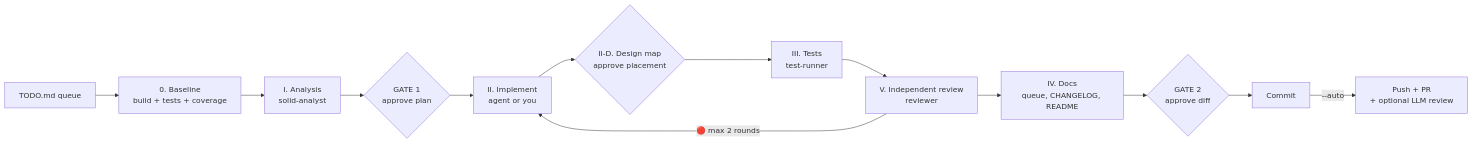
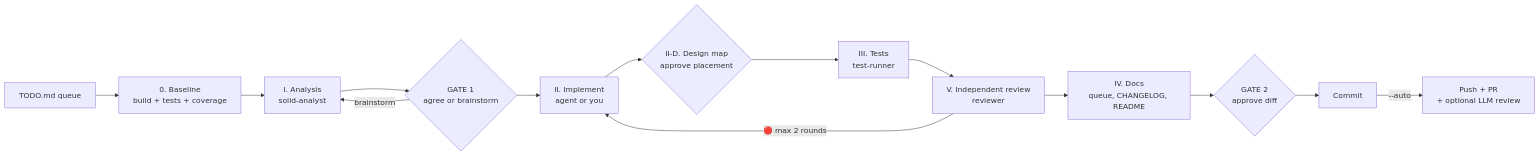
The diagram in README.md (alexbypa/microtask-pipeline), drawn with Mermaid before and after one commit. The commit also changed other lines of this file and 3 other files, not shown here.

First line of the commit message:
feat: GATE 1 asks to agree or brainstorm the analysis, also in --auto

````diff
--- a/README.md
+++ b/README.md
@@ -49,15 +50,16 @@
 ```mermaid
 flowchart LR
     Q[TODO.md queue] --> B[0. Baseline<br/>build + tests + coverage]
     B --> A[I. Analysis<br/>solid-analyst]
-    A --> G1{GATE 1<br/>approve plan}
+    A --> G1{GATE 1<br/>agree or brainstorm}
+    G1 -- "brainstorm" --> A
     G1 --> I[II. Implement<br/>agent or you]
     I --> DG{II-D. Design map<br/>approve placement}
     DG --> T[III. Tests<br/>test-runner]
     T --> R[V. Independent review<br/>reviewer]
     R -- "🔴 max 2 rounds" --> I
     R --> D[IV. Docs<br/>queue, CHANGELOG, README]
     D --> G2{GATE 2<br/>approve diff}
     G2 --> C[Commit]
     C -- "--auto" --> P[Push + PR<br/>+ optional LLM review]
 ```
````
